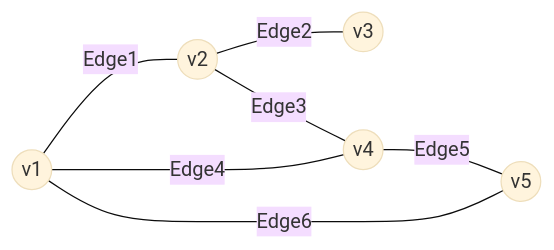
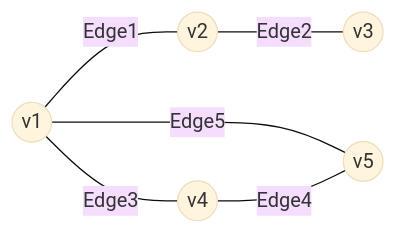
One commit to dibakash/IITM-PDSA changed the diagram in week_2/lecture_1.md. Above: the diagram before and after it, drawn with Mermaid (base theme).

Commit message:
added mermaid

````diff
--- a/week_2/lecture_1.md
+++ b/week_2/lecture_1.md
@@ -253,12 +253,11 @@
 ```mermaid
 flowchart LR;
     1((v1));2((v2));3((v3));4((v4));
     5((v5));
 
     1 -- Edge1--- 2;
-    1 -- Edge4--- 4;
-    1 -- Edge6--- 5;
+    1 -- Edge3--- 4;
+    1 -- Edge5--- 5;
     2 -- Edge2--- 3;
-    2 -- Edge3--- 4;
-    4 -- Edge5--- 5;
+    4 -- Edge4--- 5;
 ```
````
